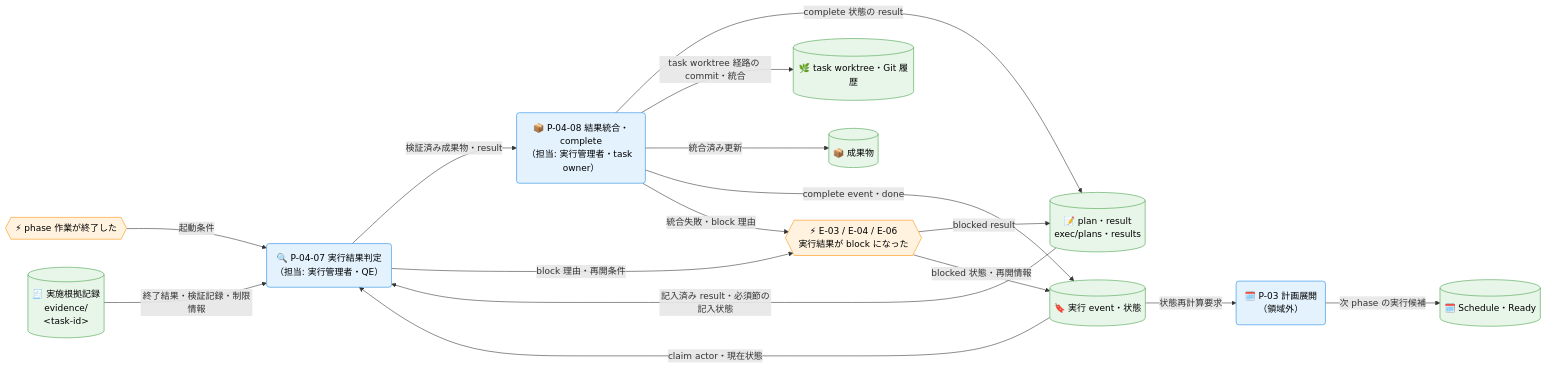
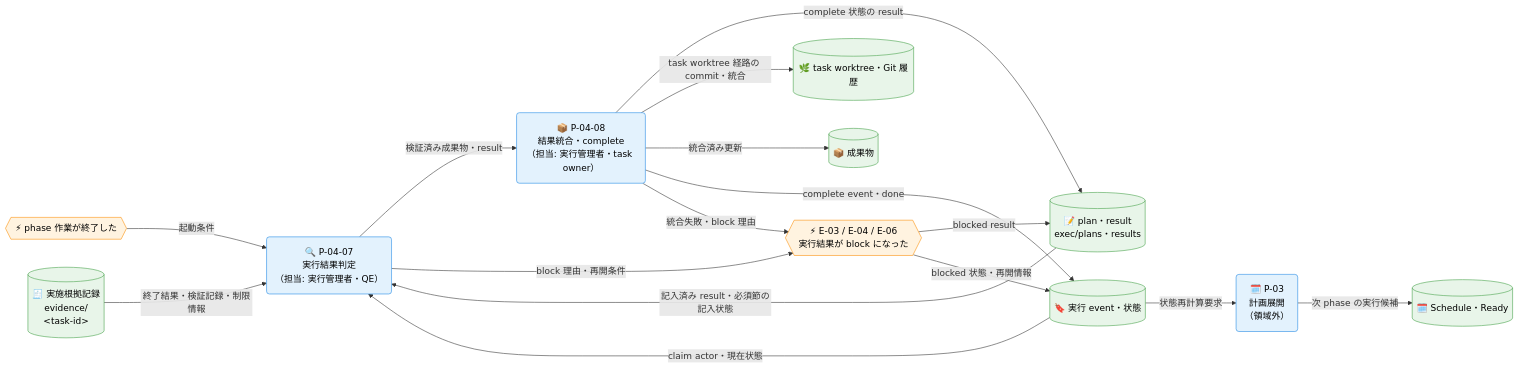
The fourth of 4 diagrams in docs/ja/product/010-business-specs/010-data-flow/cdfd-task-execution.md (specdojo/specdojo), drawn with Mermaid before and after one commit. The commit also changed other lines of this file and 7 other files, not shown here.

````diff
--- a/docs/ja/product/010-business-specs/010-data-flow/cdfd-task-execution.md
+++ b/docs/ja/product/010-business-specs/010-data-flow/cdfd-task-execution.md
@@ -212,44 +212,44 @@
 ```mermaid
 flowchart LR
   classDef process fill:#e3f2fd,stroke:#1e88e5,color:#000
   classDef event fill:#fff3e0,stroke:#fb8c00,color:#000
   classDef storeMaster fill:#c8e6c9,stroke:#2e7d32,color:#000
   classDef storeTransaction fill:#e8f5e9,stroke:#43a047,color:#000
   classDef actor fill:#f5f7fa,stroke:#607d8b,color:#000
 
   phase終了{{"⚡ phase 作業が終了した"}}
   実行異常{{"⚡ E-03 / E-04 / E-06<br>実行結果が block になった"}}
 
-  実行結果判定("🔍 P-04-07 実行結果判定<br>（担当: 実行管理者・QE）")
-  結果統合complete("📦 P-04-08 結果統合・complete<br>（担当: 実行管理者・task owner）")
+  実行結果判定("🔍 P-04-07<br>実行結果判定<br>（担当: 実行管理者・QE）")
+  結果統合complete("📦 P-04-08<br>結果統合・complete<br>（担当: 実行管理者・task owner）")
 
-  計画展開先("🗓️ P-03 計画展開<br>（領域外）")
+  計画展開先("🗓️ P-03<br>計画展開<br>（領域外）")
 
   ScheduleReady[("🗓️ Schedule・Ready")]
   成果物[("📦 成果物")]
   planResult[("📝 plan・result<br>exec/plans・results")]
   実施根拠記録[("🧾 実施根拠記録<br>evidence/<br>&lt;task-id&gt;")]
   実行event[("🔖 実行 event・状態")]
   taskWorktree[("🌿 task worktree・Git 履歴")]
 
   phase終了 -->|"起動条件"| 実行結果判定
   planResult -->|"記入済み result・必須節の記入状態"| 実行結果判定
   実施根拠記録 -->|"終了結果・検証記録・制限情報"| 実行結果判定
   実行event -->|"claim actor・現在状態"| 実行結果判定
   実行結果判定 -->|"検証済み成果物・result"| 結果統合complete
   実行結果判定 -->|"block 理由・再開条件"| 実行異常
   実行異常 -->|"blocked result"| planResult
   実行異常 -->|"blocked 状態・再開情報"| 実行event
 
   結果統合complete -->|"complete 状態の result"| planResult
   結果統合complete -->|"task worktree 経路の commit・統合"| taskWorktree
   結果統合complete -->|"統合済み更新"| 成果物
   結果統合complete -->|"complete event・done"| 実行event
   結果統合complete -->|"統合失敗・block 理由"| 実行異常
   実行event -->|"状態再計算要求"| 計画展開先
   計画展開先 -->|"次 phase の実行候補"| ScheduleReady
 
   class 実行結果判定,結果統合complete,計画展開先 process
   class phase終了,実行異常 event
   class ScheduleReady,成果物,planResult,実施根拠記録,実行event,taskWorktree storeTransaction
 ```
````
